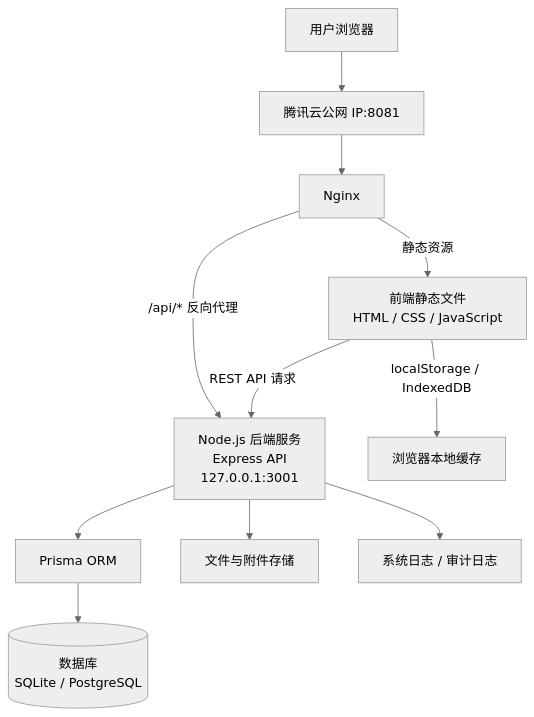
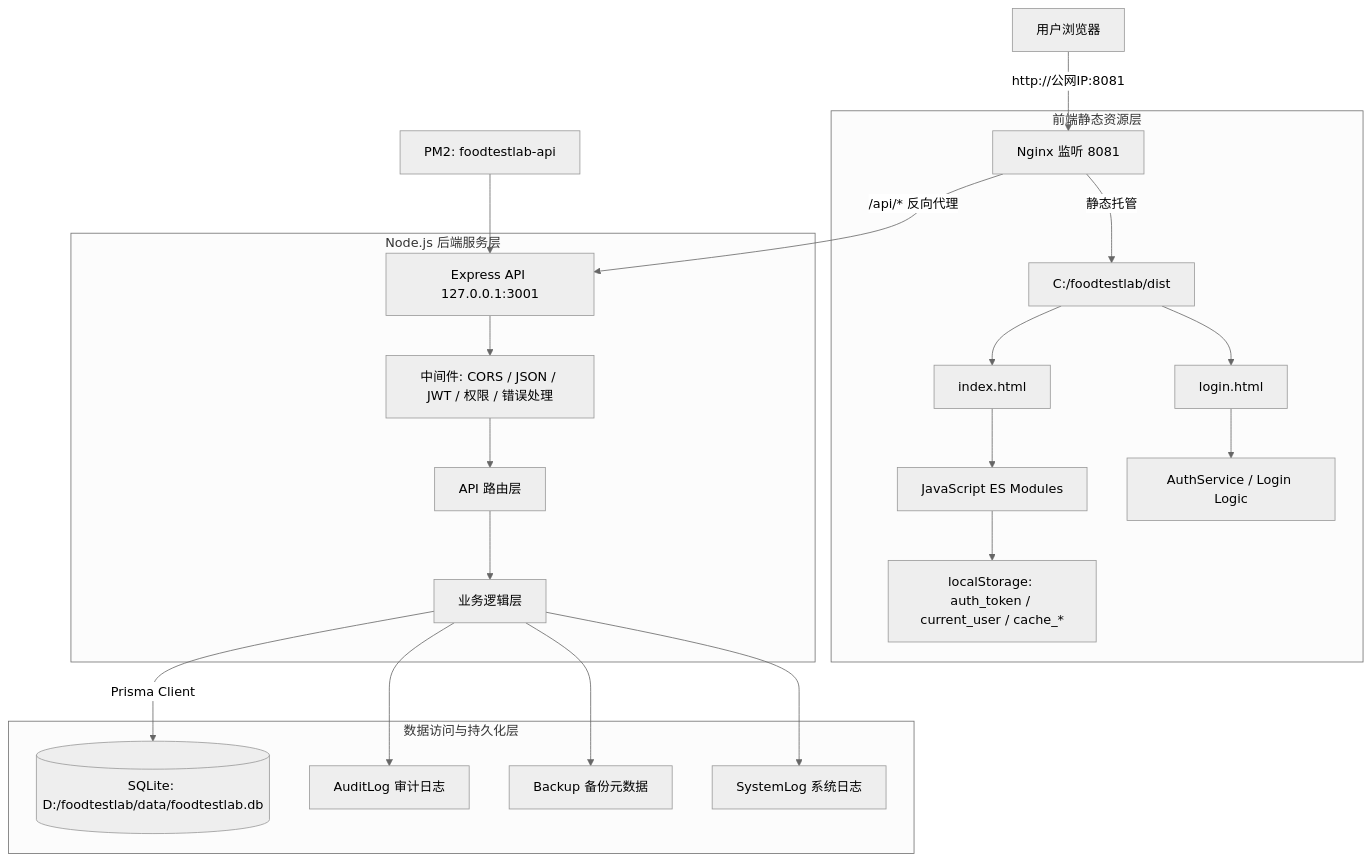
Before and after one commit to ArthurUker/Tianjiabing_foodtestlab: the first of 2 diagrams in docs/ARCHITECTURE.md, drawn with Mermaid (neutral theme). The commit also changed other lines of this file and 13 other files, not shown here.

````diff
--- a/docs/ARCHITECTURE.md
+++ b/docs/ARCHITECTURE.md
@@ -52,17 +192,29 @@
 ```mermaid
 flowchart TD
-    A[用户浏览器] --> B[腾讯云公网 IP:8081]
-    B --> C[Nginx]
+    User[用户浏览器] -->|http://公网IP:8081| Nginx[Nginx 监听 8081]
 
-    C -->|静态资源| D[前端静态文件<br/>HTML / CSS / JavaScript]
-    C -->|/api/* 反向代理| E[Node.js 后端服务<br/>Express API<br/>127.0.0.1:3001]
+    subgraph Frontend_Server [前端静态资源层]
+        Nginx -->|静态托管| Static[C:/foodtestlab/dist]
+        Static --> Index[index.html]
+        Static --> Login[login.html]
+        Index --> JS[JavaScript ES Modules]
+        Login --> AuthJS[AuthService / Login Logic]
+        JS --> LocalStorage[localStorage: auth_token / current_user / cache_*]
+    end
 
-    D -->|REST API 请求| E
-    D -->|localStorage / IndexedDB| F[浏览器本地缓存]
+    subgraph Backend_Server [Node.js 后端服务层]
+        Nginx -->|/api/* 反向代理| Express[Express API 127.0.0.1:3001]
+        Express --> Middleware[中间件: CORS / JSON / JWT / 权限 / 错误处理]
+        Middleware --> Routes[API 路由层]
+        Routes --> Controllers[业务逻辑层]
+    end
 
-    E --> G[Prisma ORM]
-    G --> H[(数据库<br/>SQLite / PostgreSQL)]
+    subgraph Data_Layer [数据访问与持久化层]
+        Controllers -->|Prisma Client| SQLite[(SQLite: D:/foodtestlab/data/foodtestlab.db)]
+        Controllers --> Audit[AuditLog 审计日志]
+        Controllers --> Backup[Backup 备份元数据]
+        Controllers --> SystemLog[SystemLog 系统日志]
+    end
 
-    E --> I[文件与附件存储]
-    E --> J[系统日志 / 审计日志]
+    PM2[PM2: foodtestlab-api] --> Express
 ```
````
